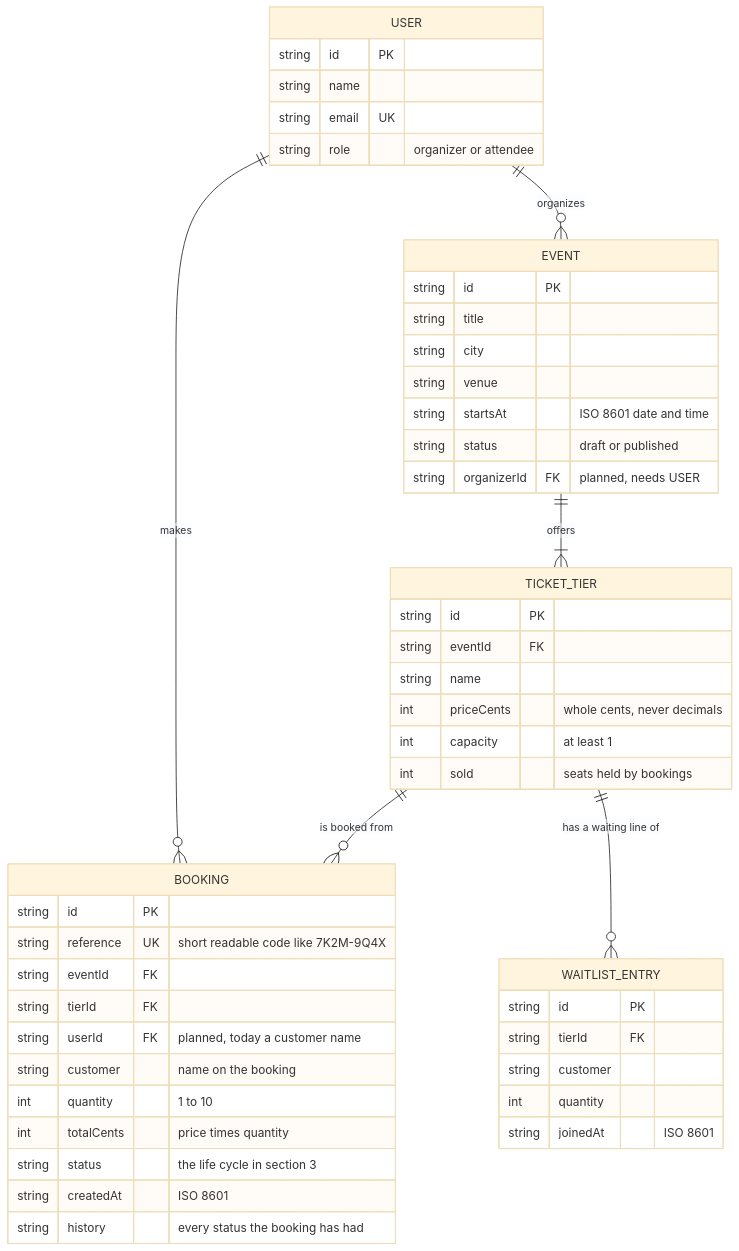
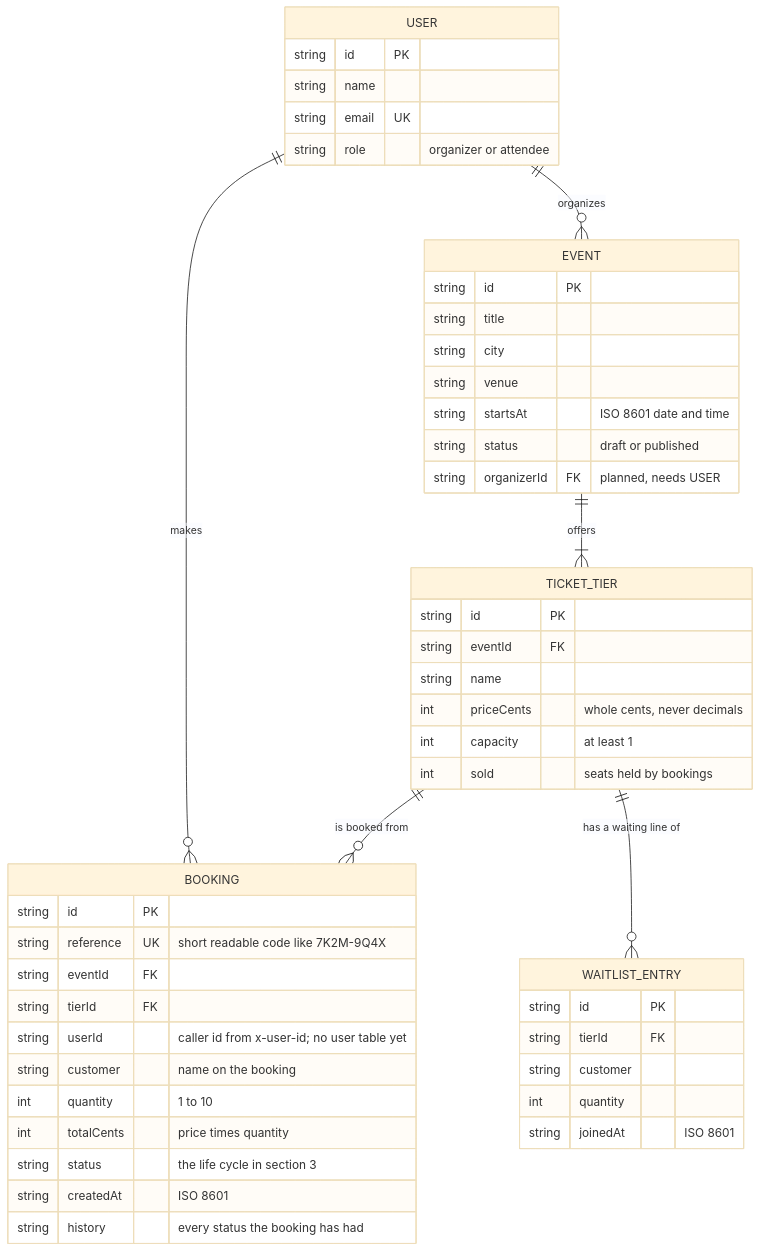
Before and after one commit to GreatEzekiel/my-dsa-capstone-project: the second of 3 diagrams in docs/architecture.md, drawn with Mermaid (base theme). The commit also changed other lines of this file and 27 other files, not shown here.

````diff
--- a/docs/architecture.md
+++ b/docs/architecture.md
@@ -85,52 +93,52 @@
 ```mermaid
 erDiagram
     USER ||--o{ EVENT : organizes
     USER ||--o{ BOOKING : makes
     EVENT ||--|{ TICKET_TIER : offers
     TICKET_TIER ||--o{ BOOKING : "is booked from"
     TICKET_TIER ||--o{ WAITLIST_ENTRY : "has a waiting line of"
 
     USER {
         string id PK
         string name
         string email UK
         string role "organizer or attendee"
     }
     EVENT {
         string id PK
         string title
         string city
         string venue
         string startsAt "ISO 8601 date and time"
         string status "draft or published"
         string organizerId FK "planned, needs USER"
     }
     TICKET_TIER {
         string id PK
         string eventId FK
         string name
         int priceCents "whole cents, never decimals"
         int capacity "at least 1"
         int sold "seats held by bookings"
     }
     BOOKING {
         string id PK
         string reference UK "short readable code like 7K2M-9Q4X"
         string eventId FK
         string tierId FK
-        string userId FK "planned, today a customer name"
+        string userId "caller id from x-user-id; no user table yet"
         string customer "name on the booking"
         int quantity "1 to 10"
         int totalCents "price times quantity"
         string status "the life cycle in section 3"
         string createdAt "ISO 8601"
         string history "every status the booking has had"
     }
     WAITLIST_ENTRY {
         string id PK
         string tierId FK
         string customer
         int quantity
         string joinedAt "ISO 8601"
     }
 ```
````
